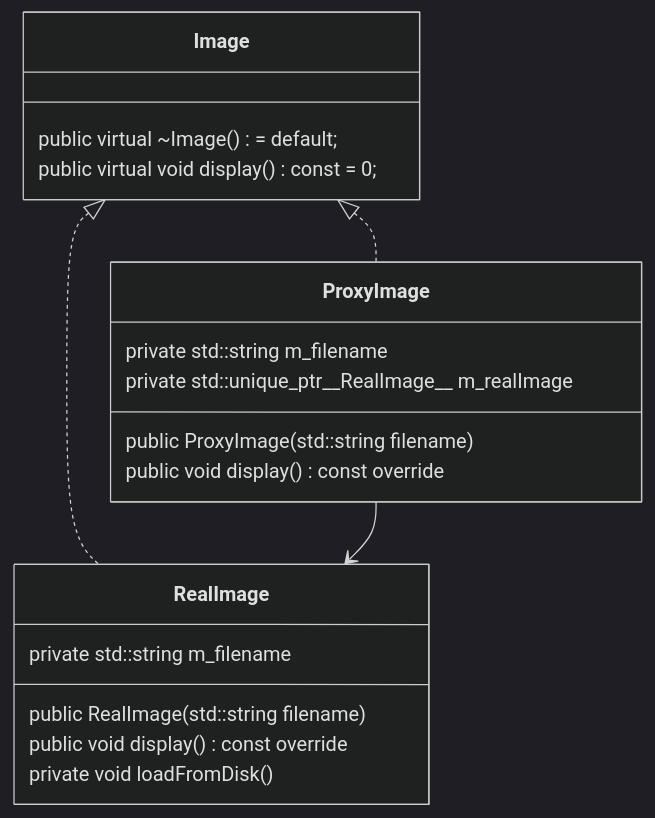
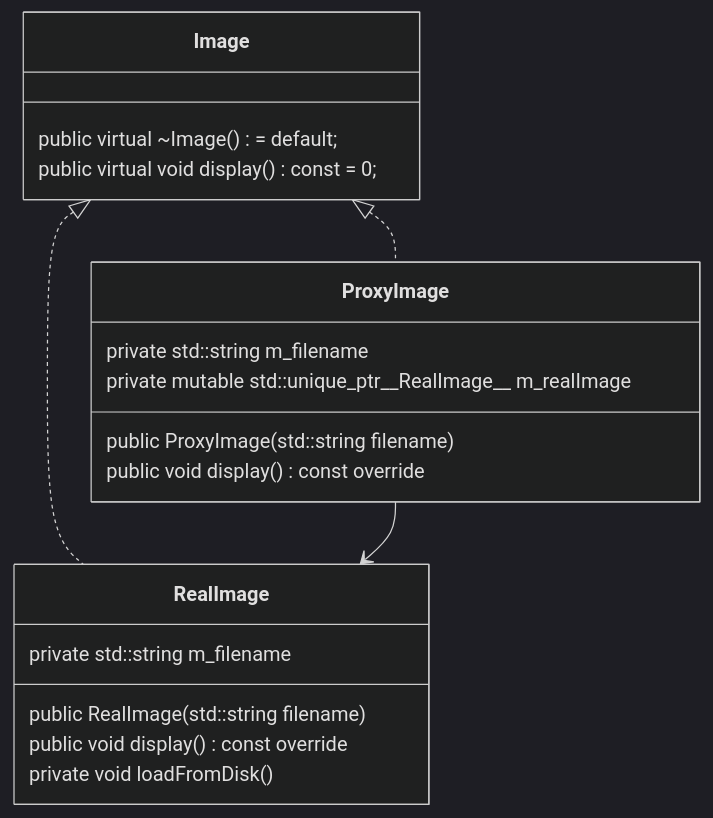
Diagram 13 of 13 in README.md (rngoodner/design-patterns), drawn with Mermaid (dark theme) before and after one commit. The commit also changed other lines of this file, not shown here.

Commit message:
sync README class diagrams with current code

````diff
--- a/README.md
+++ b/README.md
@@ -634,26 +841,26 @@
 ```mermaid
 classDiagram
 
 class Image {
     public virtual ~Image() = default;
     public virtual void display() const = 0;
 }
 
 class RealImage {
     public RealImage(std::string filename)
     public void display() const override
     private void loadFromDisk()
     private std::string m_filename
 }
 
 class ProxyImage {
     public ProxyImage(std::string filename)
     public void display() const override
     private std::string m_filename
-    private std::unique_ptr__RealImage__ m_realImage
+    private mutable std::unique_ptr__RealImage__ m_realImage
 }
 
 Image <|.. RealImage
 Image <|.. ProxyImage
 ProxyImage --> RealImage
 ```
````
